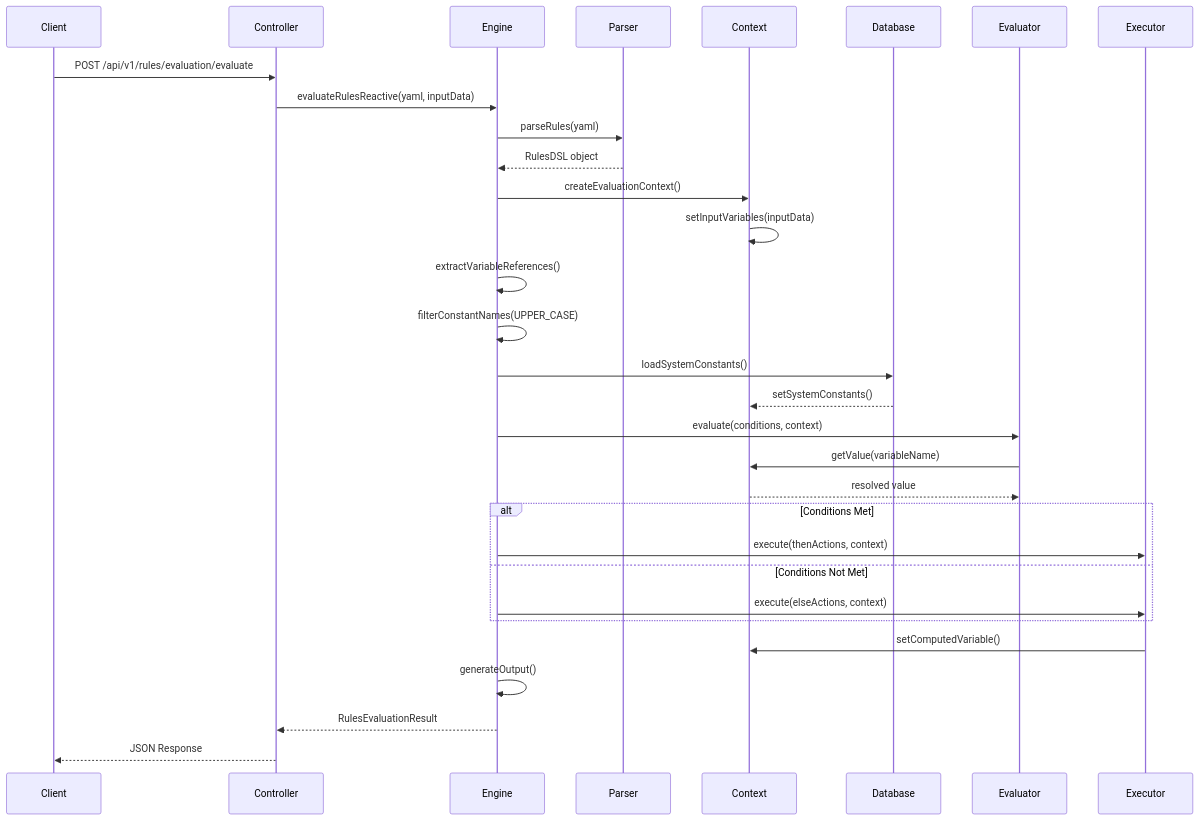
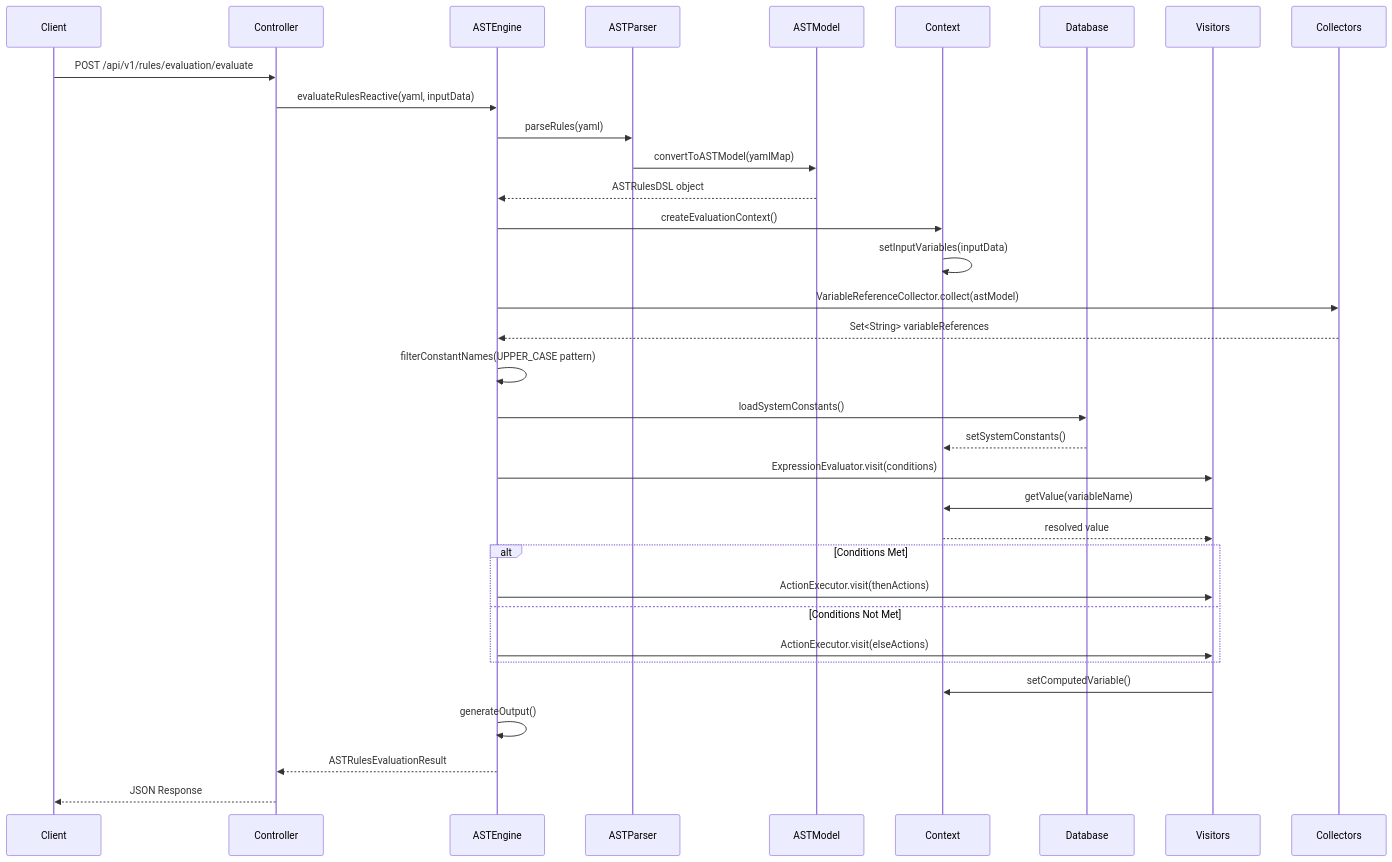
One commit to fireflyframework/fireflyframework-rule-engine changed the third of 8 diagrams in docs/architecture.md. Above: the diagram before and after it, drawn with Mermaid. The commit also changed other lines of this file and 2 other files, not shown here.

````diff
--- a/docs/architecture.md
+++ b/docs/architecture.md
@@ -141,39 +258,42 @@
 ```mermaid
 sequenceDiagram
     participant Client
     participant Controller
-    participant Engine
-    participant Parser
+    participant ASTEngine
+    participant ASTParser
+    participant ASTModel
     participant Context
     participant Database
-    participant Evaluator
-    participant Executor
+    participant Visitors
+    participant Collectors
 
     Client->>Controller: POST /api/v1/rules/evaluation/evaluate
-    Controller->>Engine: evaluateRulesReactive(yaml, inputData)
-    Engine->>Parser: parseRules(yaml)
-    Parser-->>Engine: RulesDSL object
+    Controller->>ASTEngine: evaluateRulesReactive(yaml, inputData)
+    ASTEngine->>ASTParser: parseRules(yaml)
+    ASTParser->>ASTModel: convertToASTModel(yamlMap)
+    ASTModel-->>ASTEngine: ASTRulesDSL object
 
-    Engine->>Context: createEvaluationContext()
+    ASTEngine->>Context: createEvaluationContext()
     Context->>Context: setInputVariables(inputData)
 
-    Engine->>Engine: extractVariableReferences()
-    Engine->>Engine: filterConstantNames(UPPER_CASE)
-    Engine->>Database: loadSystemConstants()
+    ASTEngine->>Collectors: VariableReferenceCollector.collect(astModel)
+    Collectors-->>ASTEngine: Set<String> variableReferences
+    ASTEngine->>ASTEngine: filterConstantNames(UPPER_CASE pattern)
+    ASTEngine->>Database: loadSystemConstants()
     Database-->>Context: setSystemConstants()
 
-    Engine->>Evaluator: evaluate(conditions, context)
-    Evaluator->>Context: getValue(variableName)
-    Context-->>Evaluator: resolved value
+    ASTEngine->>Visitors: ExpressionEvaluator.visit(conditions)
+    Visitors->>Context: getValue(variableName)
+    Context-->>Visitors: resolved value
 
     alt Conditions Met
-        Engine->>Executor: execute(thenActions, context)
+        ASTEngine->>Visitors: ActionExecutor.visit(thenActions)
     else Conditions Not Met
-        Engine->>Executor: execute(elseActions, context)
+        ASTEngine->>Visitors: ActionExecutor.visit(elseActions)
     end
 
-    Executor->>Context: setComputedVariable()
-    Engine->>Engine: generateOutput()
-    Engine-->>Controller: RulesEvaluationResult
+    Visitors->>Context: setComputedVariable()
+    ASTEngine->>ASTEngine: generateOutput()
+    ASTEngine-->>Controller: ASTRulesEvaluationResult
     Controller-->>Client: JSON Response
 ```
````
